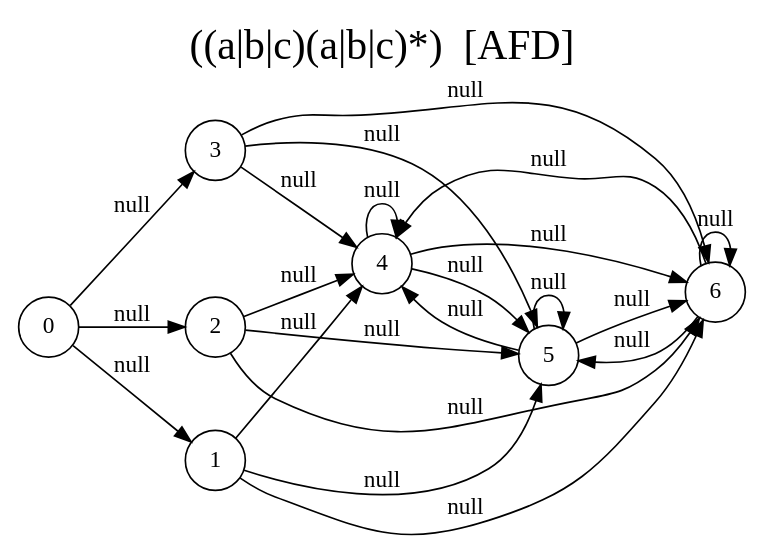
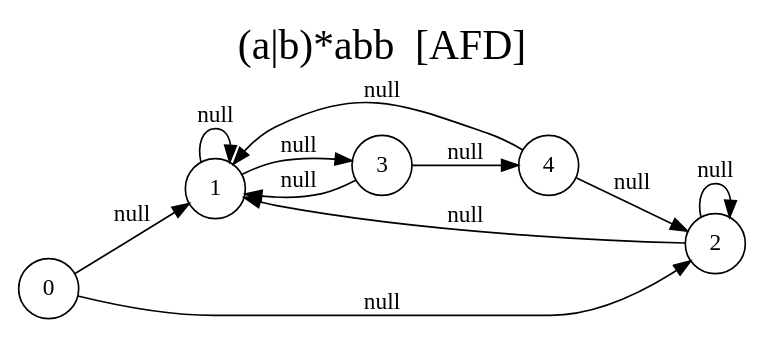
The diagram in docs/automataAFD.dot (CrisLayB/ProgrammingLanguageDesign), drawn with Graphviz before and after one commit. The commit also changed 12 other files, not shown here.

```diff
--- a/docs/automataAFD.dot
+++ b/docs/automataAFD.dot
@@ -1,32 +1,21 @@
 digraph "Resultado Automata AFD" {
-	label = "((a|b|c)(a|b|c)*)  [AFD]"
+	label = "(a|b)*abb  [AFD]"
 	labelloc  =  t
 	fontsize  = 25
 	rankdir=LR size="8,5"
 	node [shape=doublecircle]
 	node [shape=circle]
 	0
 	node [shape=none]
 	node [shape=circle]
 	0 -> 1[label="null"]
 	0 -> 2[label="null"]
-	0 -> 3[label="null"]
+	2 -> 1[label="null"]
+	2 -> 2[label="null"]
+	1 -> 1[label="null"]
+	1 -> 3[label="null"]
+	3 -> 1[label="null"]
 	3 -> 4[label="null"]
-	3 -> 5[label="null"]
-	3 -> 6[label="null"]
-	6 -> 4[label="null"]
-	6 -> 5[label="null"]
-	6 -> 6[label="null"]
-	5 -> 4[label="null"]
-	5 -> 5[label="null"]
-	5 -> 6[label="null"]
-	4 -> 4[label="null"]
-	4 -> 5[label="null"]
-	4 -> 6[label="null"]
-	2 -> 4[label="null"]
-	2 -> 5[label="null"]
-	2 -> 6[label="null"]
-	1 -> 4[label="null"]
-	1 -> 5[label="null"]
-	1 -> 6[label="null"]
+	4 -> 1[label="null"]
+	4 -> 2[label="null"]
 }
```
